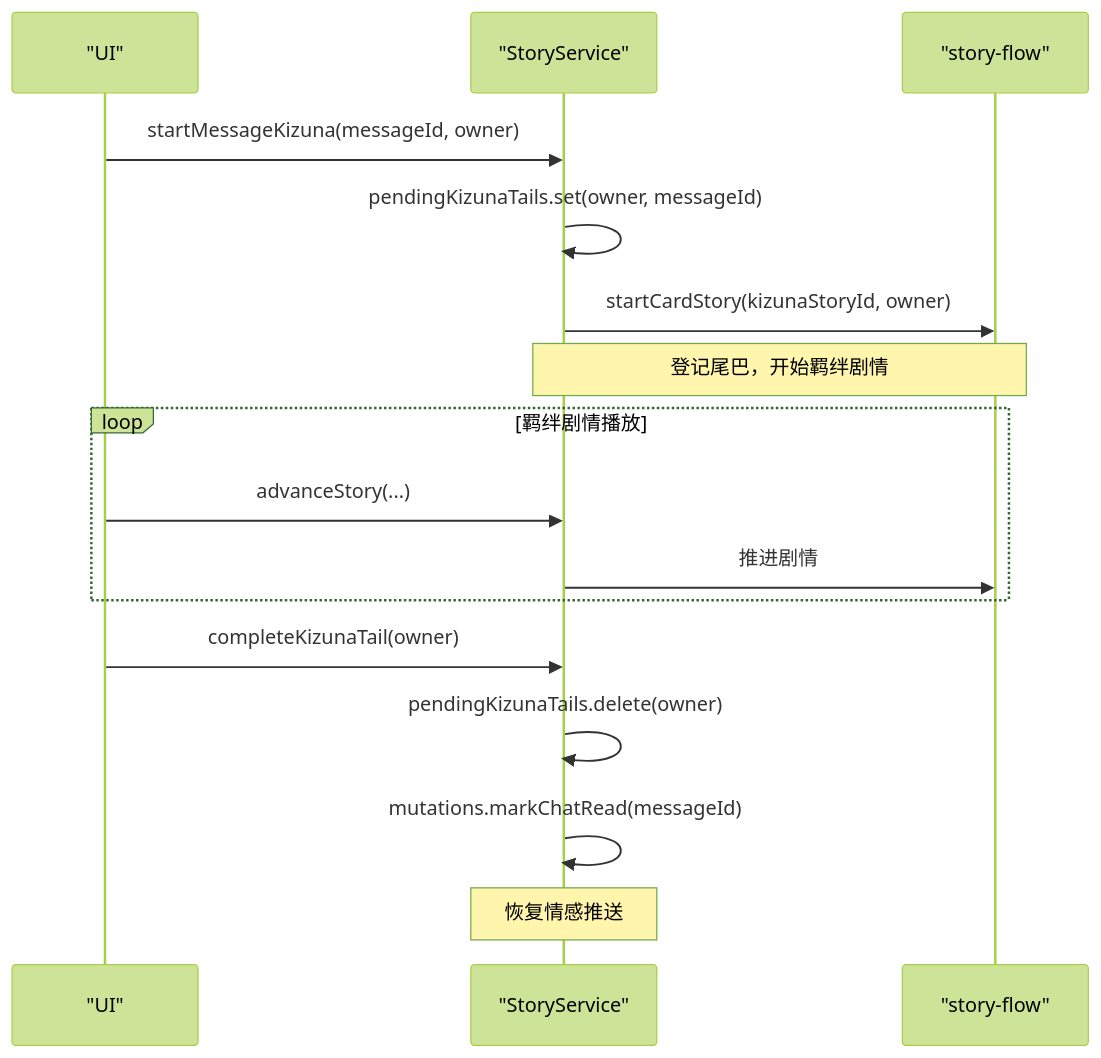
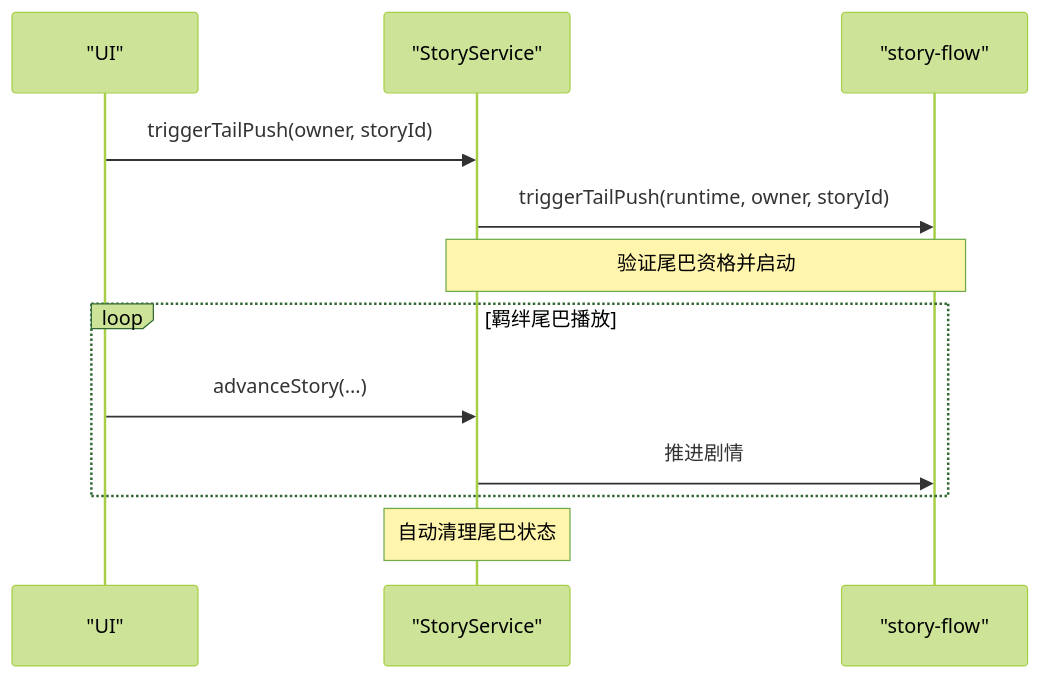
Before and after one commit to EsiLA9/Arona-Clicker: the fourth of 7 diagrams in .qoder/repowiki/zh/content/游戏系统/剧情系统.md, drawn with Mermaid (forest theme). The commit also changed other lines of this file and 176 other files, not shown here.

````diff
--- a/.qoder/repowiki/zh/content/游戏系统/剧情系统.md
+++ b/.qoder/repowiki/zh/content/游戏系统/剧情系统.md
@@ -322,18 +322,14 @@
 ```mermaid
 sequenceDiagram
 participant UI as "UI"
 participant SS as "StoryService"
 participant SF as "story-flow"
-UI->>SS : startMessageKizuna(messageId, owner)
-SS->>SS : pendingKizunaTails.set(owner, messageId)
-SS->>SF : startCardStory(kizunaStoryId, owner)
-Note over SS,SF : 登记尾巴，开始羁绊剧情
-loop 羁绊剧情播放
+UI->>SS : triggerTailPush(owner, storyId)
+SS->>SF : triggerTailPush(runtime, owner, storyId)
+Note over SS,SF : 验证尾巴资格并启动
+loop 羁绊尾巴播放
 UI->>SS : advanceStory(...)
 SS->>SF : 推进剧情
 end
-UI->>SS : completeKizunaTail(owner)
-SS->>SS : pendingKizunaTails.delete(owner)
-SS->>SS : mutations.markChatRead(messageId)
-Note over SS : 恢复情感推送
+Note over SS : 自动清理尾巴状态
 ```
````
